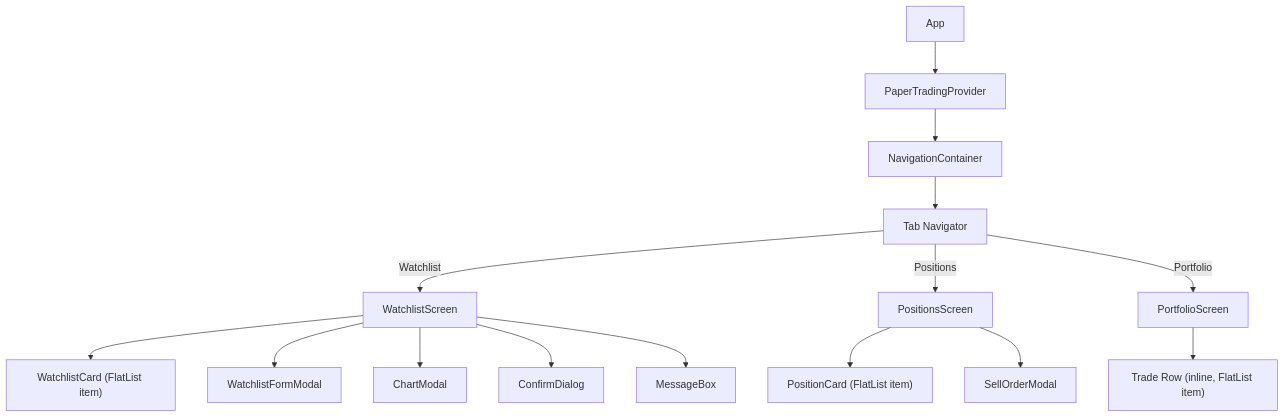
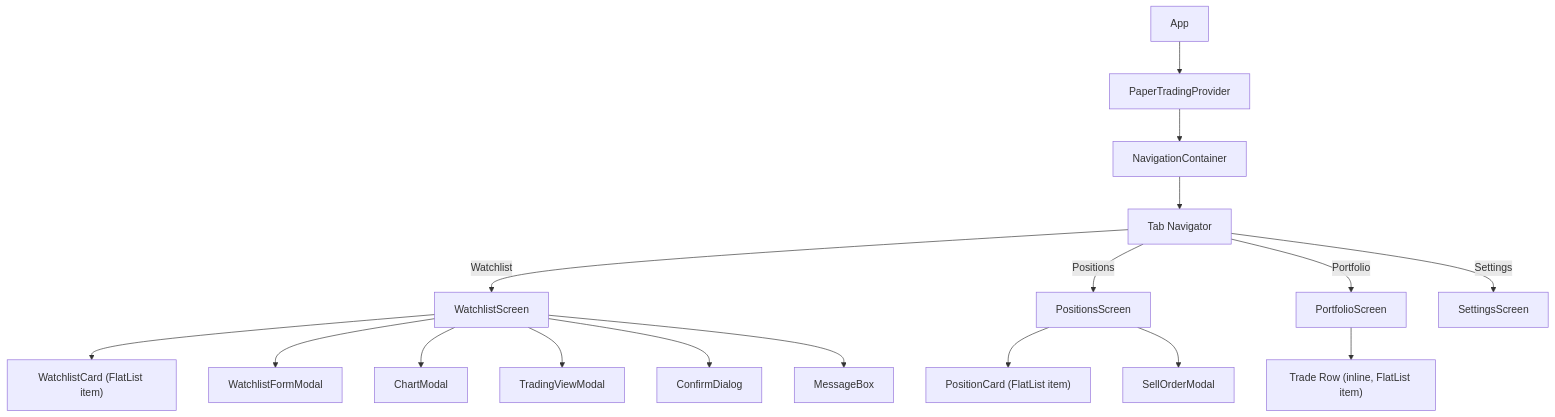
Before and after one commit to rameshdev62/cursor-ai-paper-trading: the second of 3 diagrams in CODE_REVIEW_GRAPH.md, drawn with Mermaid. The commit also changed other lines of this file and 16 other files, not shown here.

````diff
--- a/CODE_REVIEW_GRAPH.md
+++ b/CODE_REVIEW_GRAPH.md
@@ -92,20 +102,22 @@
 ```mermaid
 graph TD
   App --> PaperTradingProvider
   PaperTradingProvider --> NavigationContainer
   NavigationContainer --> TabNav["Tab Navigator"]
   TabNav -->|Watchlist| WatchlistScreen
   TabNav -->|Positions| PositionsScreen
   TabNav -->|Portfolio| PortfolioScreen
+  TabNav -->|Settings| SettingsScreen
 
   WatchlistScreen --> WatchlistCard["WatchlistCard (FlatList item)"]
   WatchlistScreen --> WatchlistFormModal
   WatchlistScreen --> ChartModal
+  WatchlistScreen --> TradingViewModal
   WatchlistScreen --> ConfirmDialog
   WatchlistScreen --> MessageBox
 
   PositionsScreen --> PositionCard["PositionCard (FlatList item)"]
   PositionsScreen --> SellOrderModal
 
   PortfolioScreen --> TradeRow["Trade Row (inline, FlatList item)"]
 ```
````
